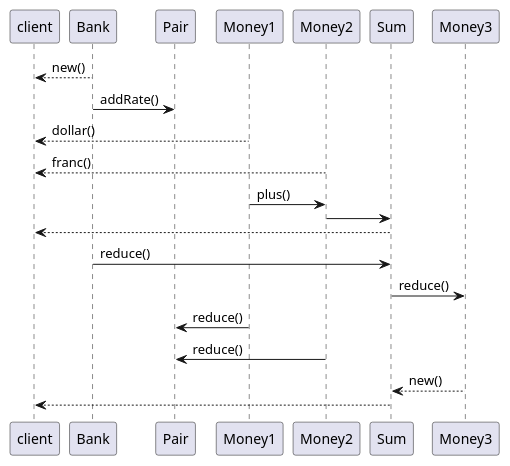
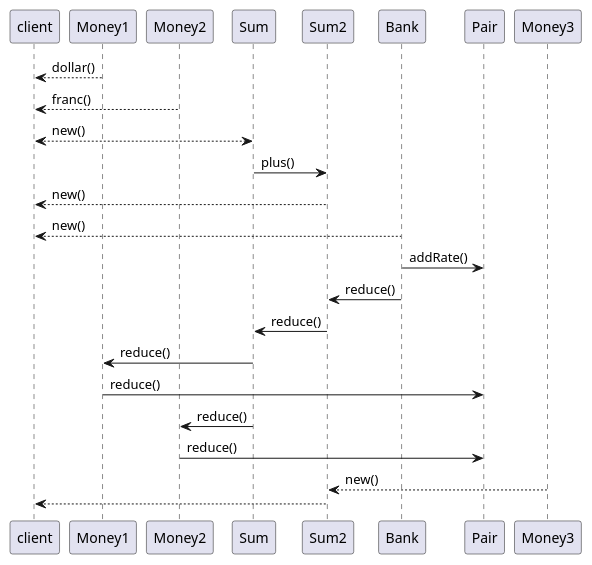
Before and after one commit to k2works/etude_for_java: the second of 2 diagrams in docs/src/TDD.md, drawn with PlantUML. The commit also changed 4 other files, not shown here.

````diff
--- a/docs/src/TDD.md
+++ b/docs/src/TDD.md
@@ -99,15 +99,17 @@
 ```puml
+client <-- Money1 :dollar()
+client <-- Money2 :franc()
+client <--> Sum :new()
+Sum -> Sum2 :plus()
+client <-- Sum2 :new()
 client <-- Bank :new()
 Bank -> Pair :addRate()
-client <-- Money1 :dollar()
-client <-- Money2 :franc()
-Money1 -> Money2 :plus()
-Money2 -> Sum
-client <-- Sum
-Bank -> Sum :reduce()
-Sum -> Money3 :reduce()
+Bank -> Sum2 :reduce()
+Sum2 -> Sum :reduce()
+Sum -> Money1 :reduce()
 Money1 -> Pair :reduce()
+Sum -> Money2 :reduce()
 Money2 -> Pair :reduce()
-Sum <-- Money3 :new()
-client <-- Sum
+Sum2 <-- Money3 :new()
+client <-- Sum2
 ```
````
